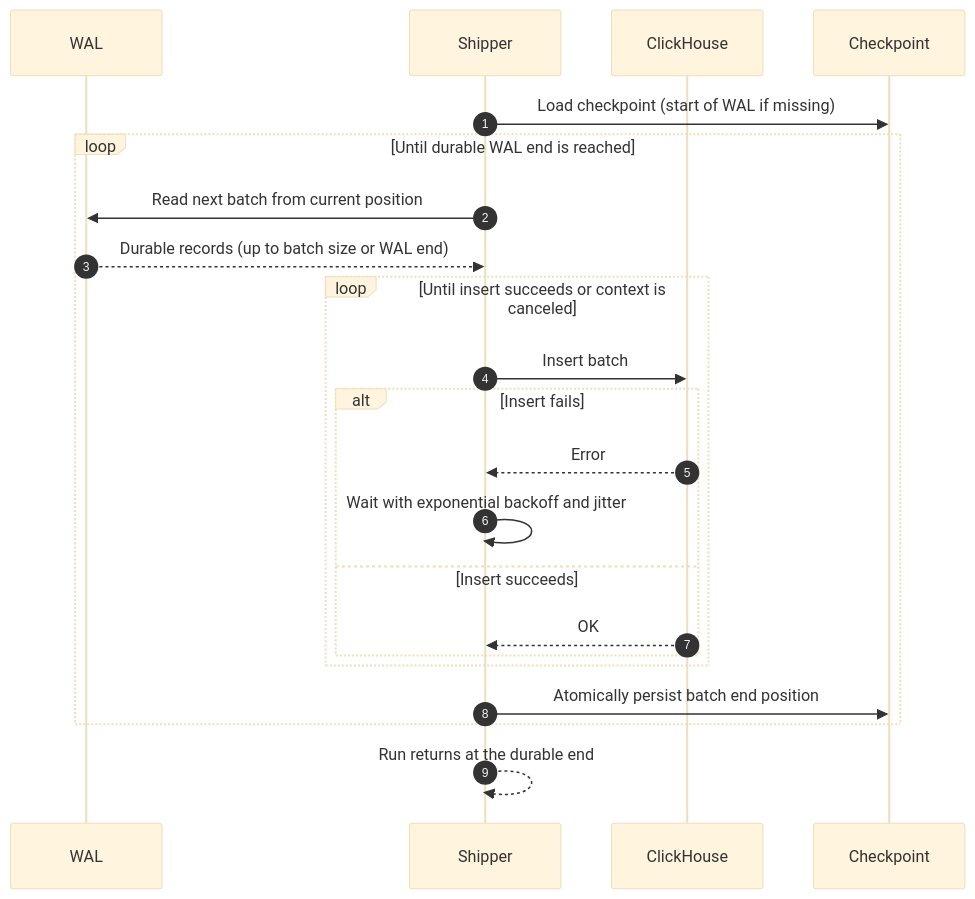
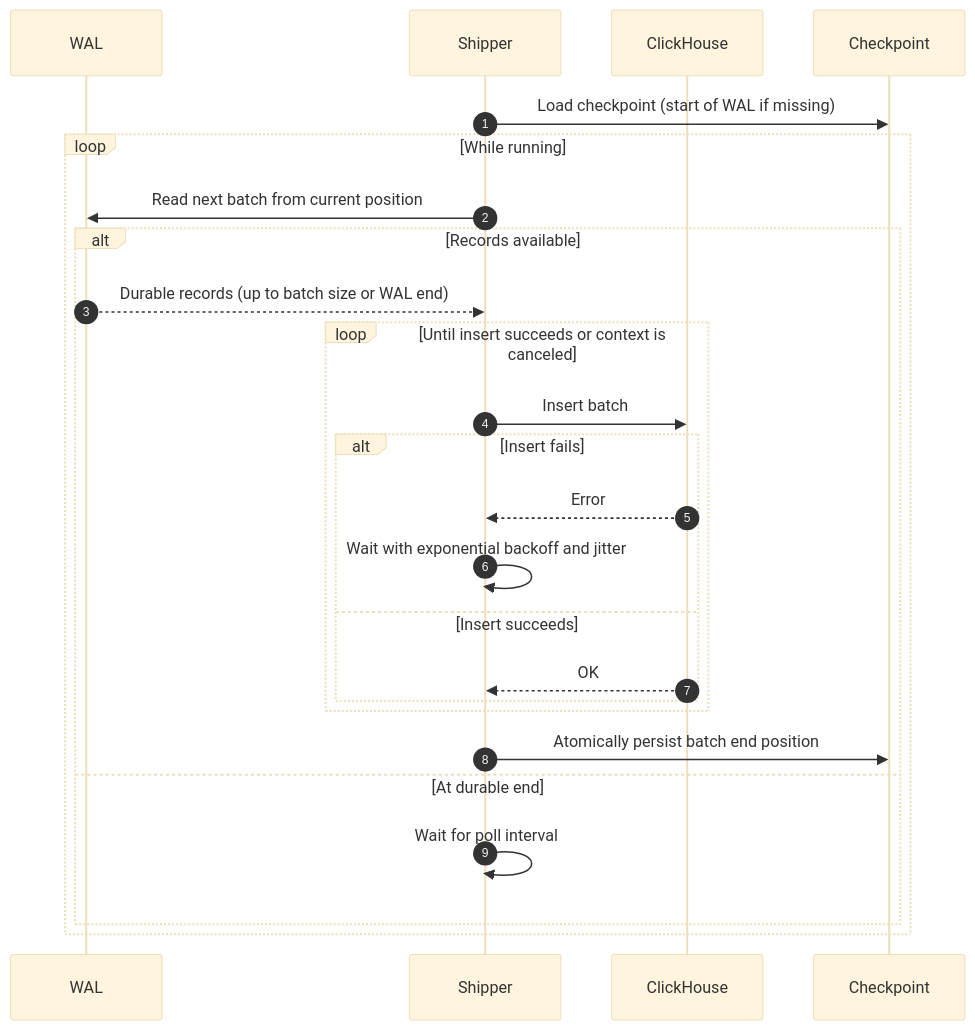
One commit to PratyushVishal11011/Fairgate changed diagram 13 of 14 in README.md. Above: the diagram before and after it, drawn with Mermaid (base theme). The commit also changed other lines of this file and 4 other files, not shown here.

````diff
--- a/README.md
+++ b/README.md
@@ -599,25 +634,28 @@
 ```mermaid
 sequenceDiagram
     autonumber
     participant W as WAL
     participant SH as Shipper
     participant DB as ClickHouse
     participant CK as Checkpoint
 
     SH->>CK: Load checkpoint (start of WAL if missing)
-    loop Until durable WAL end is reached
+    loop While running
         SH->>W: Read next batch from current position
-        W-->>SH: Durable records (up to batch size or WAL end)
-        loop Until insert succeeds or context is canceled
-            SH->>DB: Insert batch
-            alt Insert fails
-                DB-->>SH: Error
-                SH->>SH: Wait with exponential backoff and jitter
-            else Insert succeeds
-                DB-->>SH: OK
+        alt Records available
+            W-->>SH: Durable records (up to batch size or WAL end)
+            loop Until insert succeeds or context is canceled
+                SH->>DB: Insert batch
+                alt Insert fails
+                    DB-->>SH: Error
+                    SH->>SH: Wait with exponential backoff and jitter
+                else Insert succeeds
+                    DB-->>SH: OK
+                end
             end
+            SH->>CK: Atomically persist batch end position
+        else At durable end
+            SH->>SH: Wait for poll interval
         end
-        SH->>CK: Atomically persist batch end position
     end
-    SH-->>SH: Run returns at the durable end
 ```
````
